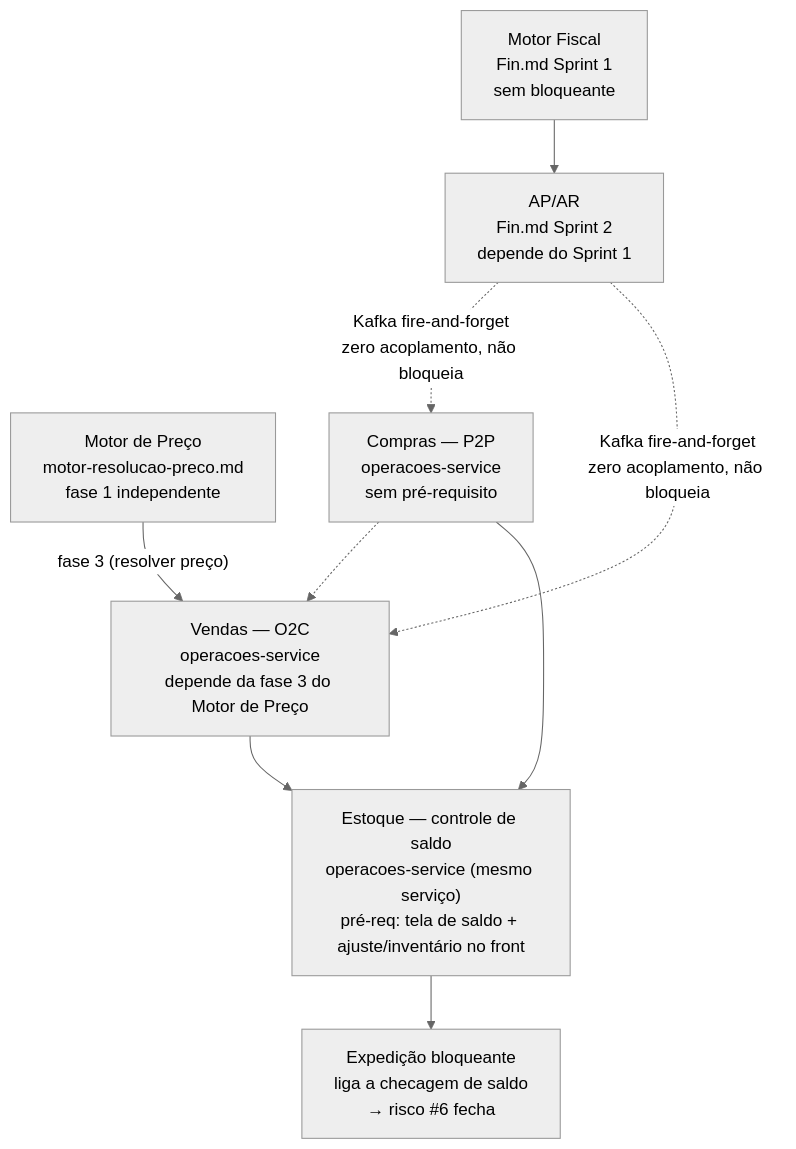
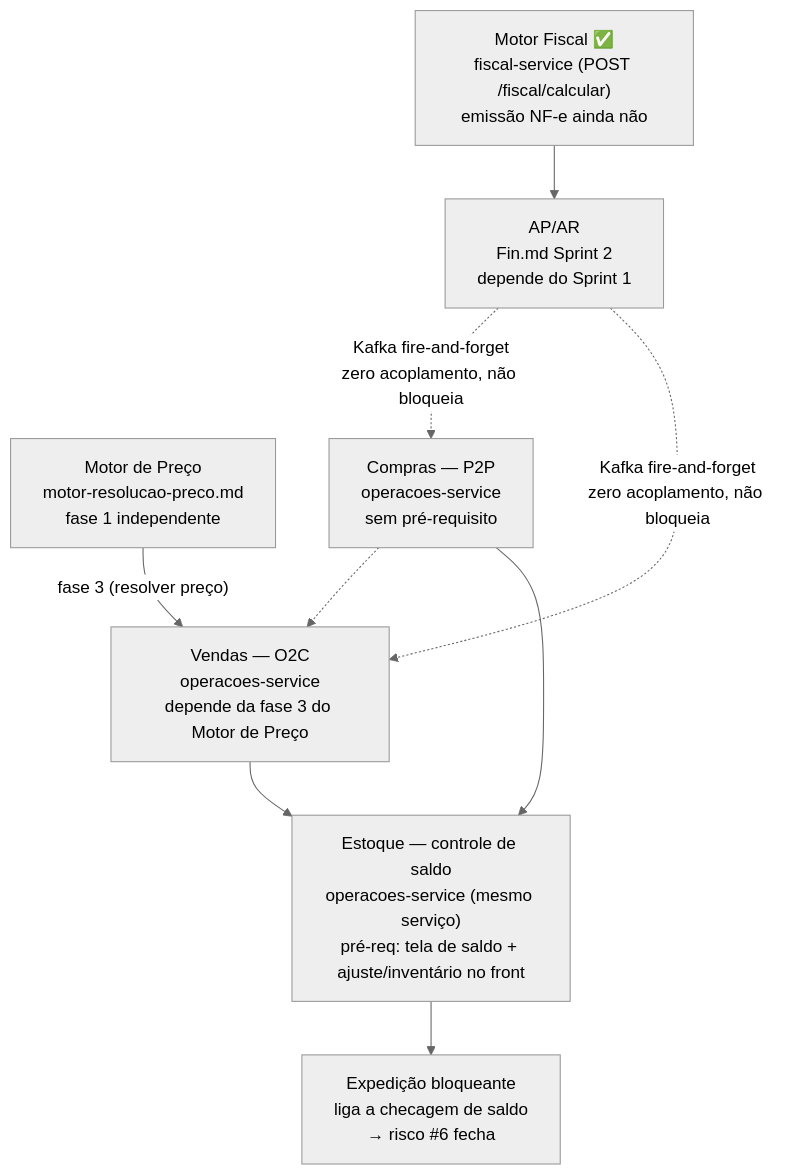
One commit to looperperp-main/lerp-system changed the first of 3 diagrams in spec/o2c-vendas.md. Above: the diagram before and after it, drawn with Mermaid (neutral theme). The commit also changed other lines of this file and 201 other files, not shown here.

First line of the commit message:
feat: motor fiscal (complementos) + O2C ponta a ponta (operacoes-service) + modelo de Estabelecimento (#92)

````diff
--- a/spec/o2c-vendas.md
+++ b/spec/o2c-vendas.md
@@ -24,19 +28,19 @@
 ```mermaid
 flowchart TD
-    MF["Motor Fiscal<br/>Fin.md Sprint 1<br/>sem bloqueante"]
+    MF["Motor Fiscal ✅<br/>fiscal-service (POST /fiscal/calcular)<br/>emissão NF-e ainda não"]
     APAR["AP/AR<br/>Fin.md Sprint 2<br/>depende do Sprint 1"]
     MP["Motor de Preço<br/>motor-resolucao-preco.md<br/>fase 1 independente"]
     P2P["Compras — P2P<br/>operacoes-service<br/>sem pré-requisito"]
     O2C["Vendas — O2C<br/>operacoes-service<br/>depende da fase 3 do Motor de Preço"]
     EST["Estoque — controle de saldo<br/>operacoes-service (mesmo serviço)<br/>pré-req: tela de saldo + ajuste/inventário no front"]
     BLK["Expedição bloqueante<br/>liga a checagem de saldo<br/>→ risco #6 fecha"]
 
     MF --> APAR
     MP -->|"fase 3 (resolver preço)"| O2C
     APAR -.->|"Kafka fire-and-forget<br/>zero acoplamento, não bloqueia"| P2P
     APAR -.->|"Kafka fire-and-forget<br/>zero acoplamento, não bloqueia"| O2C
     P2P -.-> O2C
     P2P --> EST
     O2C --> EST
     EST --> BLK
 ```
````
